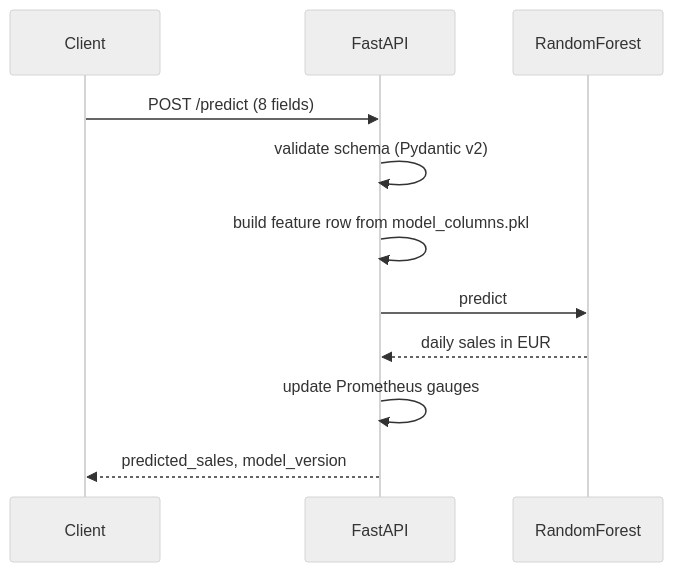
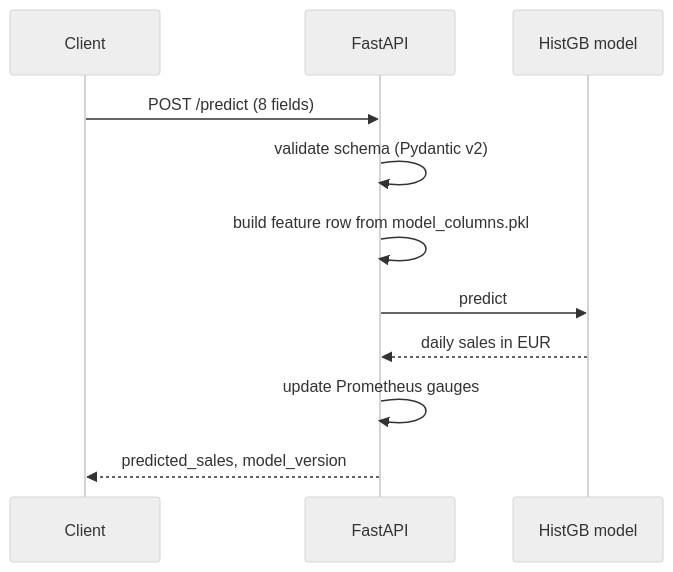
One commit to ksnishat/rossmann-sales-pipeline changed the second of 2 diagrams in README.md. Above: the diagram before and after it, drawn with Mermaid (neutral theme). The commit also changed other lines of this file and 5 other files, not shown here.

````diff
--- a/README.md
+++ b/README.md
@@ -70,14 +70,14 @@
 ```mermaid
 sequenceDiagram
     participant C as Client
     participant A as FastAPI
-    participant M as RandomForest
+    participant M as HistGB model
 
     C->>A: POST /predict (8 fields)
     A->>A: validate schema (Pydantic v2)
     A->>A: build feature row from model_columns.pkl
     A->>M: predict
     M-->>A: daily sales in EUR
     A->>A: update Prometheus gauges
     A-->>C: predicted_sales, model_version
 ```
````
